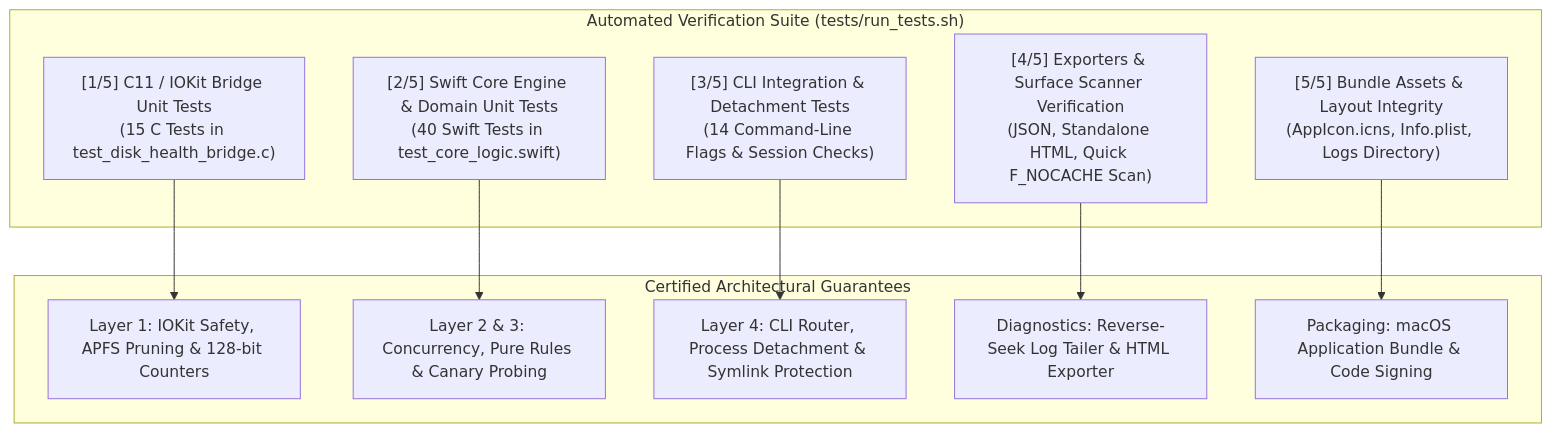
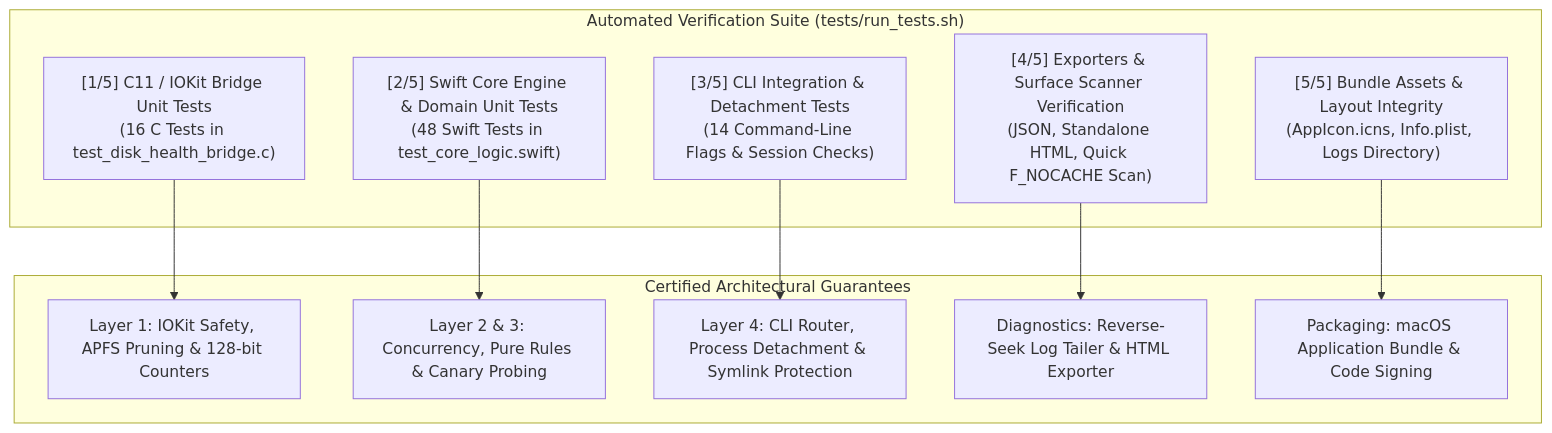
The tenth of 10 diagrams in ARCHITECTURE.md (nikoskoutr/disk-health-monitor), drawn with Mermaid before and after one commit. The commit also changed other lines of this file and 23 other files, not shown here.

Commit message:
feat(v2.6.0): complete full-timeline architectural hardening and multi-disk fixes

````diff
--- a/ARCHITECTURE.md
+++ b/ARCHITECTURE.md
@@ -492,24 +491,24 @@
 ```mermaid
 flowchart TD
     subgraph TestSuite["Automated Verification Suite (tests/run_tests.sh)"]
-        T1["[1/5] C11 / IOKit Bridge Unit Tests<br/>(15 C Tests in test_disk_health_bridge.c)"]
-        T2["[2/5] Swift Core Engine & Domain Unit Tests<br/>(40 Swift Tests in test_core_logic.swift)"]
+        T1["[1/5] C11 / IOKit Bridge Unit Tests<br/>(16 C Tests in test_disk_health_bridge.c)"]
+        T2["[2/5] Swift Core Engine & Domain Unit Tests<br/>(48 Swift Tests in test_core_logic.swift)"]
         T3["[3/5] CLI Integration & Detachment Tests<br/>(14 Command-Line Flags & Session Checks)"]
         T4["[4/5] Exporters & Surface Scanner Verification<br/>(JSON, Standalone HTML, Quick F_NOCACHE Scan)"]
         T5["[5/5] Bundle Assets & Layout Integrity<br/>(AppIcon.icns, Info.plist, Logs Directory)"]
     end
 
     subgraph ArchitectureTiers["Certified Architectural Guarantees"]
         A1["Layer 1: IOKit Safety, APFS Pruning & 128-bit Counters"]
         A2["Layer 2 & 3: Concurrency, Pure Rules & Canary Probing"]
         A3["Layer 4: CLI Router, Process Detachment & Symlink Protection"]
         A4["Diagnostics: Reverse-Seek Log Tailer & HTML Exporter"]
         A5["Packaging: macOS Application Bundle & Code Signing"]
     end
 
     T1 --> A1
     T2 --> A2
     T3 --> A3
     T4 --> A4
     T5 --> A5
 ```
````
